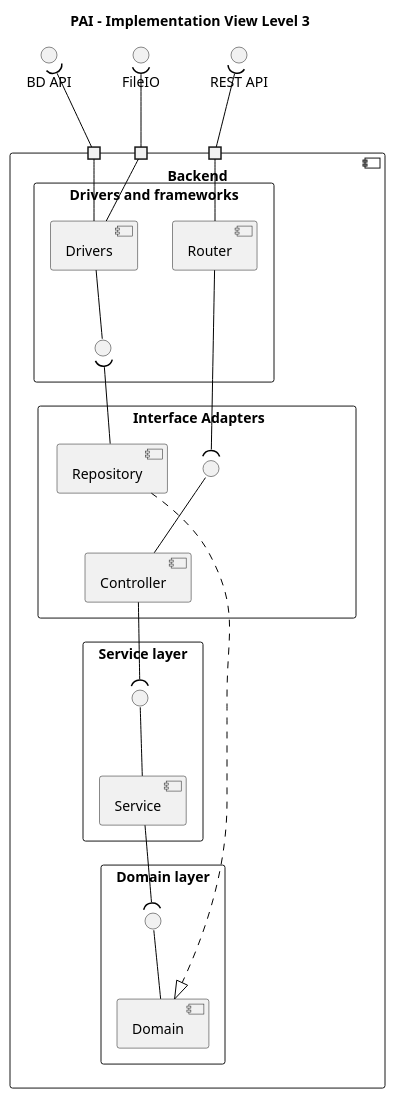
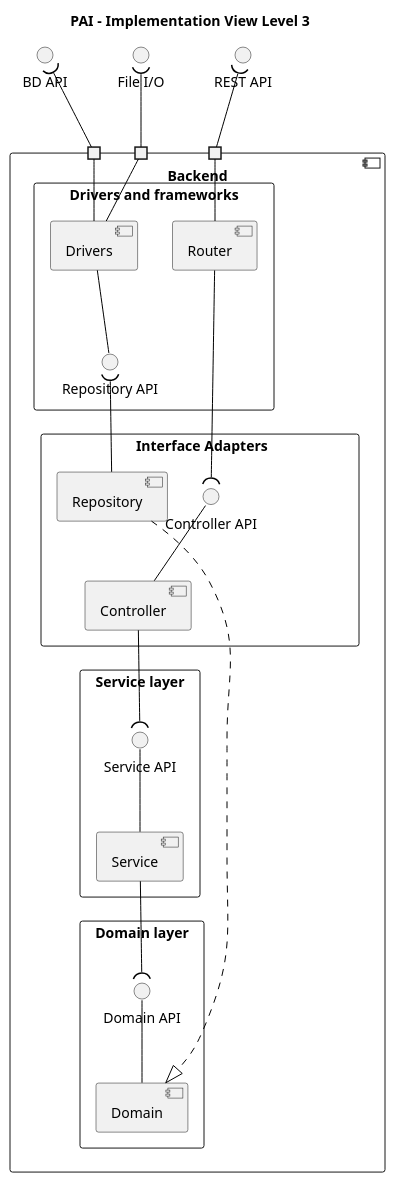
Before and after one commit to GasparISEP/DevOps-PAI: the diagram in docs/Sprint_6/ImplementationView/Level3.puml, drawn with PlantUML. The commit also changed 1 other file, not shown here.

Commit message:
doc(diagrams): update Level 3 Logic View and update Level 3 Implementation View diagrams (#675, #678)

```diff
--- a/docs/Sprint_6/ImplementationView/Level3.puml
+++ b/docs/Sprint_6/ImplementationView/Level3.puml
@@ -1,67 +1,67 @@
 @startuml
 
 skinparam componentStyle component
 skinparam ArrowColor black
 skinparam defaultTextAlignment center
 
 title "PAI - Implementation View Level 3"
 
     interface "REST API" as RESTAPI
-    interface "FileIO" as FileIO
+    interface "File I/O" as FileIO
     interface "BD API" as BDAPI
 
 component "Backend" {
     portin " " as p1
     portin " " as p3
     portin " " as p2
 
   rectangle "Drivers and frameworks" {
 
     component Drivers
     component "Router"
 
     Router -up- p1
     Drivers -up- p2
     Drivers -up- p3
 
-    interface " " as IDrivers
+    interface "Repository API" as IDrivers
 
     Drivers -down- IDrivers
   }
 
   rectangle "                        Interface Adapters                       " {
     component Repository
     component Controller
 
-    interface " " as IController
+    interface "Controller API" as IController
 
     Controller -up- IController
   }
 
   rectangle "Service layer" {
     component Service
-    interface " " as IService
+    interface "Service API" as IService
 
     Service -up- IService
   }
 
   rectangle "Domain layer" {
     component Domain
-    interface " " as IDomain
+    interface "Domain API" as IDomain
 
     Domain -up- IDomain
   }
 
   p1 -up-( RESTAPI
   p2 -up-( FileIO
   p3 -up-( BDAPI
 
   Router -left-( IController
   Repository -up-( IDrivers
 
   Controller -down-( IService
   Service -down-( IDomain
 
   Repository -.|> Domain
 }
 @enduml
```
